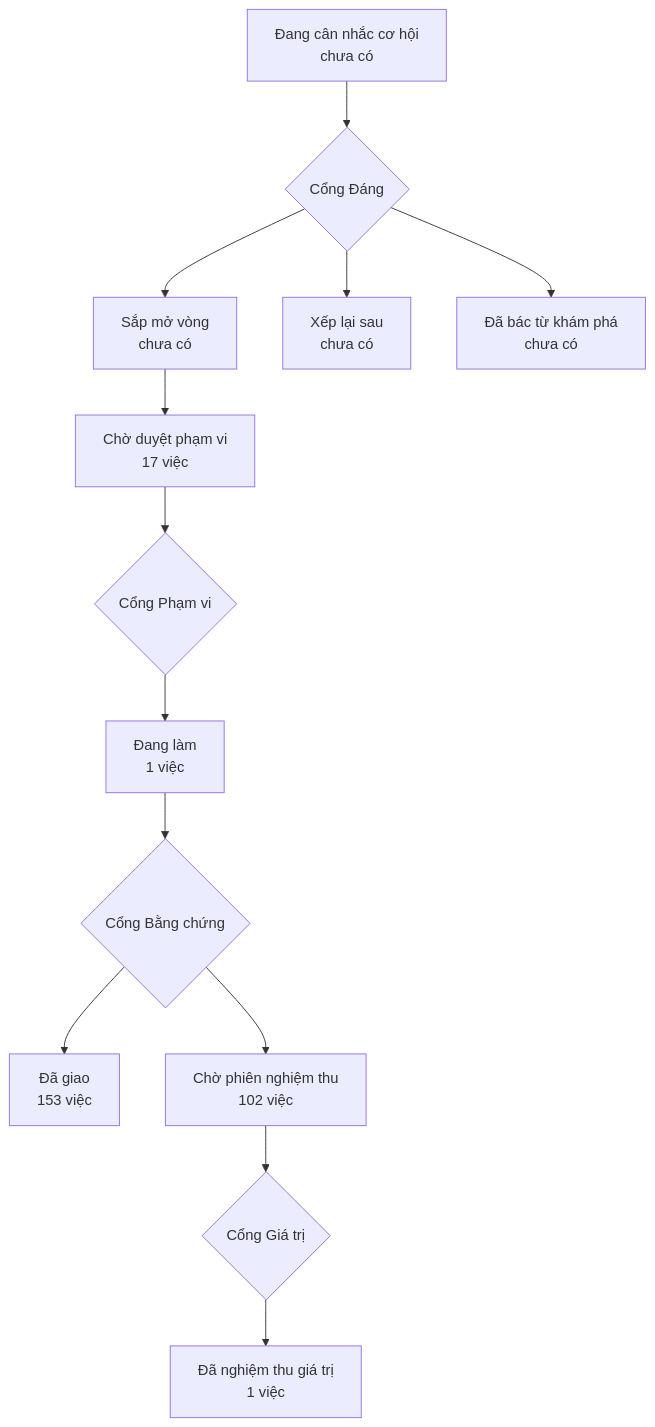
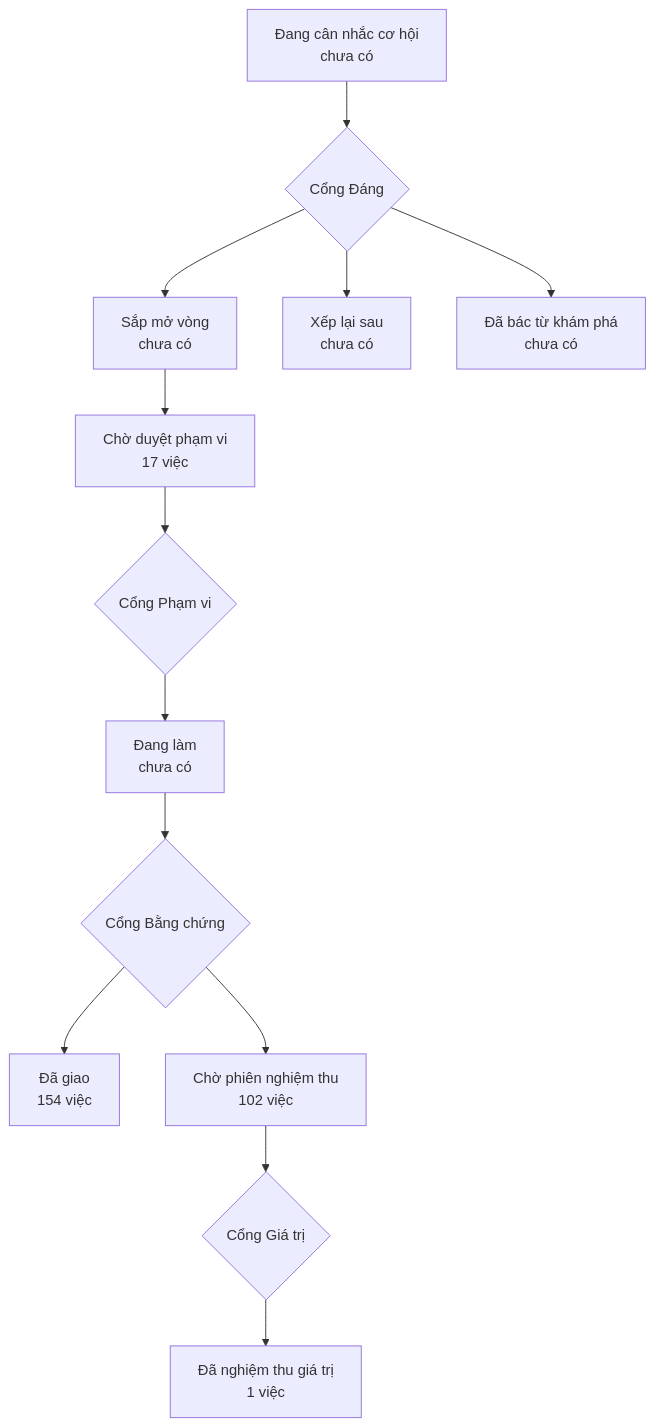
One commit to phanlemanh/onehub-invest changed the diagram in PRODUCT-MAP.md. Above: the diagram before and after it, drawn with Mermaid. The commit also changed other lines of this file and 4 other files, not shown here.

````diff
--- a/PRODUCT-MAP.md
+++ b/PRODUCT-MAP.md
@@ -7,12 +7,12 @@
 ```mermaid
 flowchart TD
   A["Đang cân nhắc cơ hội<br/>chưa có"] --> GD{"Cổng Đáng"}
   GD --> B["Sắp mở vòng<br/>chưa có"]
   GD --> XL["Xếp lại sau<br/>chưa có"]
   GD --> DB["Đã bác từ khám phá<br/>chưa có"]
   B --> CD["Chờ duyệt phạm vi<br/>17 việc"] --> GP{"Cổng Phạm vi"}
-  GP --> DL["Đang làm<br/>1 việc"] --> GB{"Cổng Bằng chứng"}
-  GB --> DG["Đã giao<br/>153 việc"]
+  GP --> DL["Đang làm<br/>chưa có"] --> GB{"Cổng Bằng chứng"}
+  GB --> DG["Đã giao<br/>154 việc"]
   GB --> CN["Chờ phiên nghiệm thu<br/>102 việc"] --> GG{"Cổng Giá trị"}
   GG --> NT["Đã nghiệm thu giá trị<br/>1 việc"]
 ```
````
